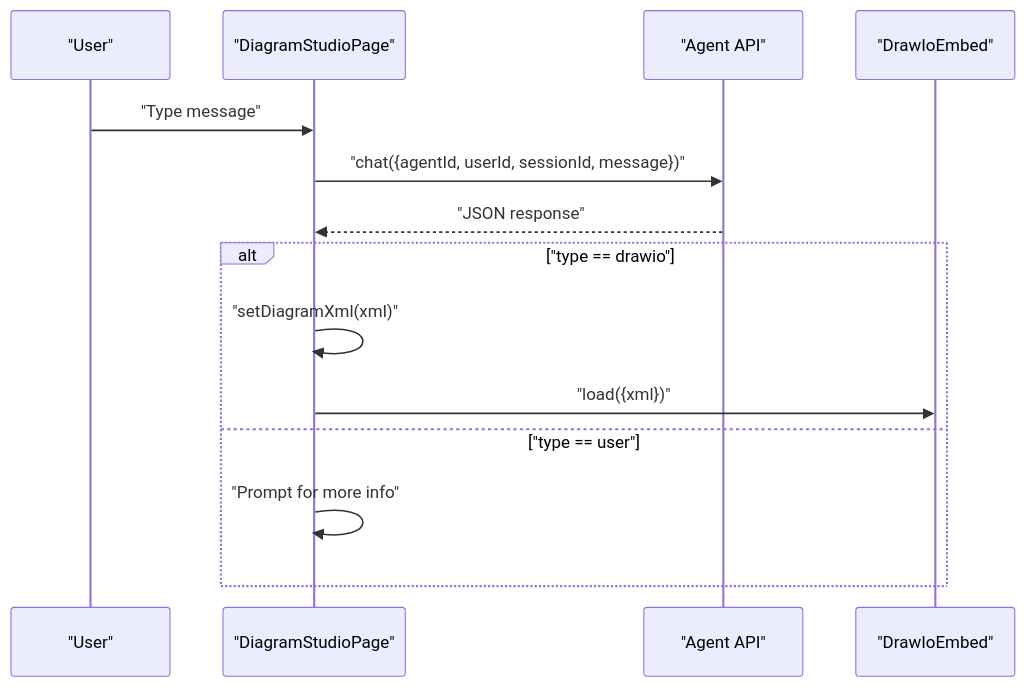
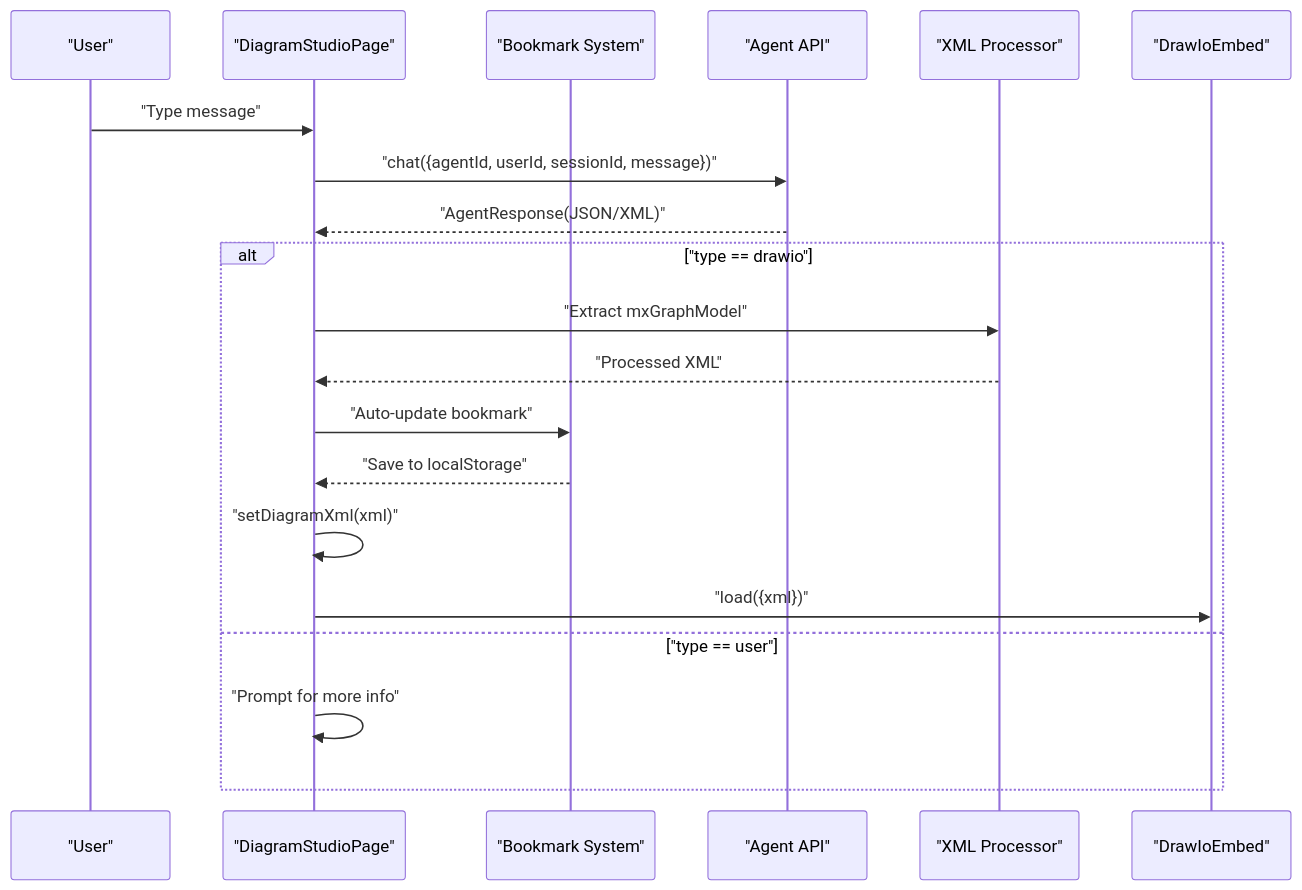
One commit to shrekboss/agent-draw-io-front changed the eighth of 15 diagrams in .qoder/repowiki/en/content/Diagram Editor.md. Above: the diagram before and after it, drawn with Mermaid. The commit also changed other lines of this file and 13 other files, not shown here.

Commit message:
feat(agent-draw-io-front): 优化交互式画图

````diff
--- a/.qoder/repowiki/en/content/Diagram Editor.md
+++ b/.qoder/repowiki/en/content/Diagram Editor.md
@@ -172,16 +417,22 @@
 ```mermaid
 sequenceDiagram
 participant U as "User"
 participant P as "DiagramStudioPage"
+participant B as "Bookmark System"
 participant A as "Agent API"
+participant X as "XML Processor"
 participant D as "DrawIoEmbed"
 U->>P : "Type message"
 P->>A : "chat({agentId, userId, sessionId, message})"
-A-->>P : "JSON response"
+A-->>P : "AgentResponse(JSON/XML)"
 alt "type == drawio"
+P->>X : "Extract mxGraphModel"
+X-->>P : "Processed XML"
+P->>B : "Auto-update bookmark"
+B-->>P : "Save to localStorage"
 P->>P : "setDiagramXml(xml)"
 P->>D : "load({xml})"
 else "type == user"
 P->>P : "Prompt for more info"
 end
 ```
````
